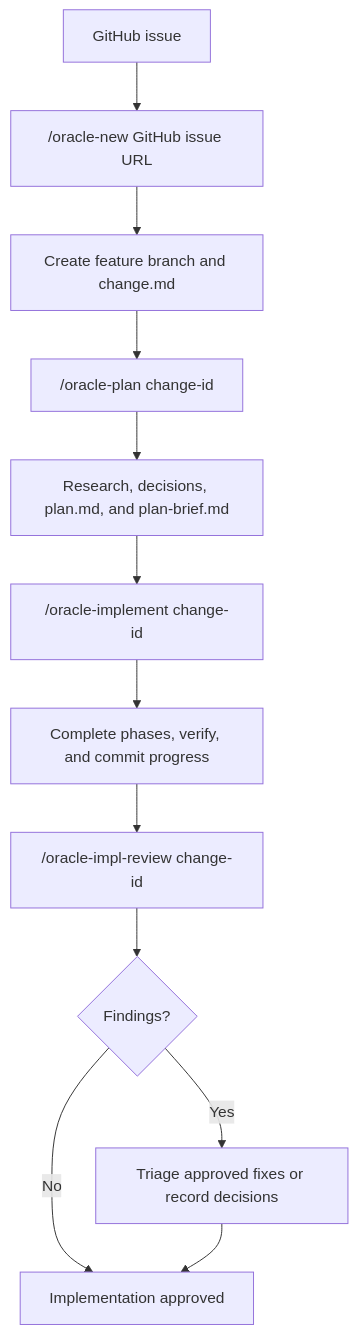
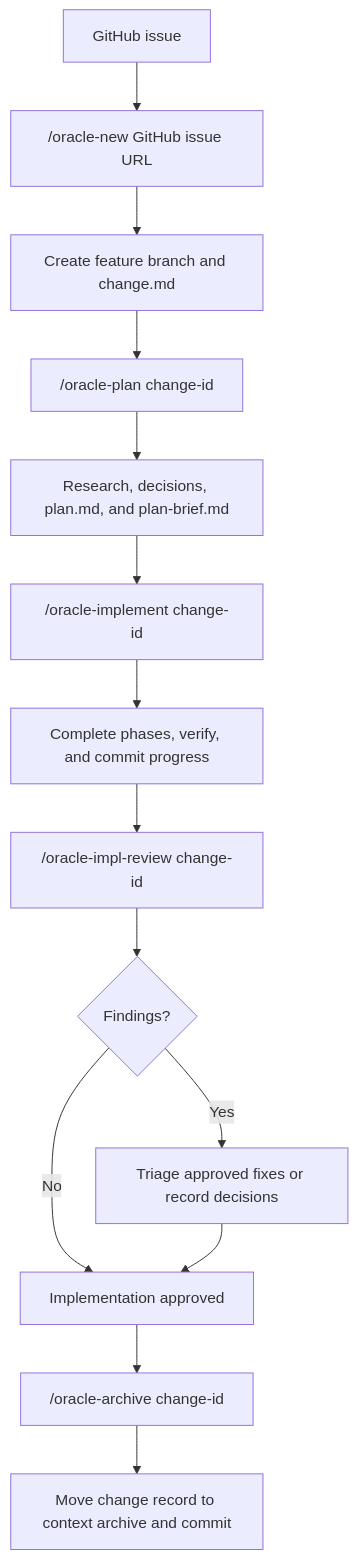
Before and after one commit to CentroneF/skill-tester: the first of 7 diagrams in README.md, drawn with Mermaid. The commit also changed other lines of this file and 4 other files, not shown here.

````diff
--- a/README.md
+++ b/README.md
@@ -7,14 +7,16 @@
 ```mermaid
 flowchart TD
     A[GitHub issue] --> B["/oracle-new GitHub issue URL"]
     B --> C[Create feature branch and change.md]
     C --> D["/oracle-plan change-id"]
     D --> E[Research, decisions, plan.md, and plan-brief.md]
     E --> F["/oracle-implement change-id"]
     F --> G[Complete phases, verify, and commit progress]
     G --> H["/oracle-impl-review change-id"]
     H --> I{Findings?}
     I -- Yes --> J[Triage approved fixes or record decisions]
     I -- No --> K[Implementation approved]
     J --> K
+    K --> L["/oracle-archive change-id"]
+    L --> M[Move change record to context archive and commit]
 ```
````
